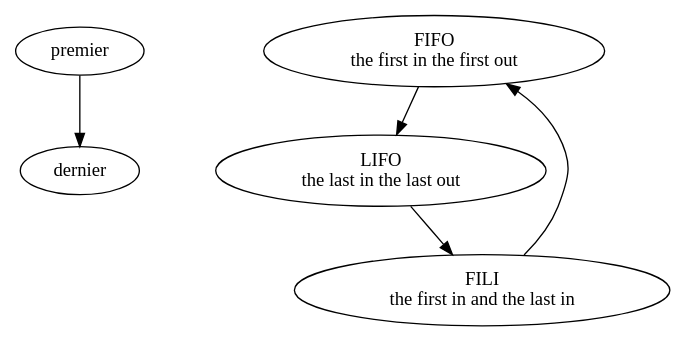
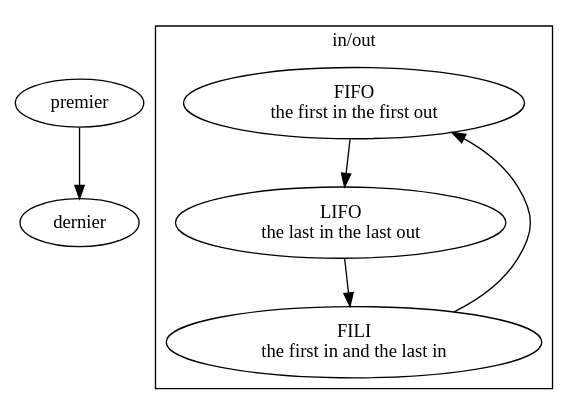
Before and after one commit to ensad-nancy/first-last: the diagram in sujet.dot, drawn with Graphviz.

Commit message:
+	subgraph cluster_FO{ +		label="in/out"

```diff
--- a/sujet.dot
+++ b/sujet.dot
@@ -1,18 +1,17 @@
 digraph {
 
 	premier -> dernier
 
 
-	subgraph cluser_FO{
+	subgraph cluster_FO{
 	
-		label ="in/out"
+		label="in/out"
 		
 		FIFO [label="FIFO\nthe first in the first out"]
 		LIFO [label="LIFO\nthe last in the last out"]
 		FILI [label="FILI\nthe first in and the last in"]
 
 		FILI -> FIFO -> LIFO -> FILI
 	}
-
 	
 }
```
